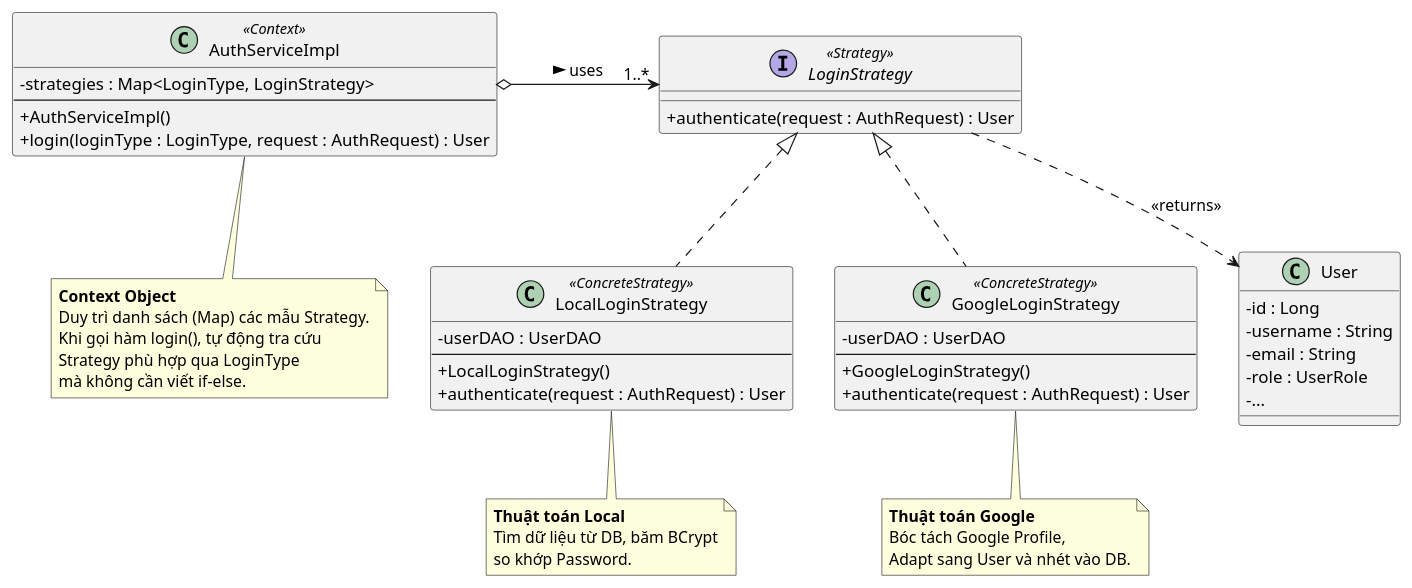
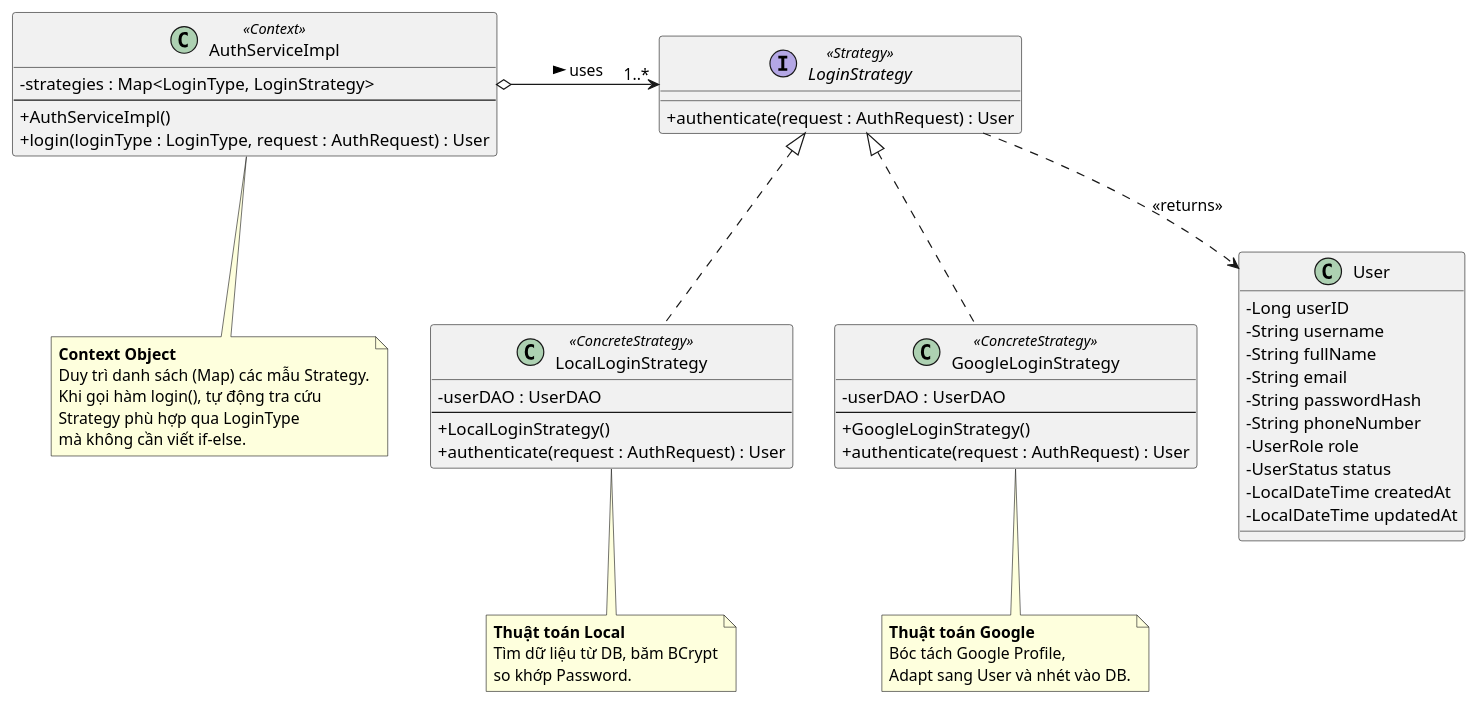
Before and after one commit to trihieuvo/justFUML: the diagram in src/Khanh_Pattern_Puml/strategy_auth.puml, drawn with PlantUML. The commit also changed 8 other files, not shown here.

First line of the commit message:
Update UML diagrams and add design patterns report

```diff
--- a/src/Khanh_Pattern_Puml/strategy_auth.puml
+++ b/src/Khanh_Pattern_Puml/strategy_auth.puml
@@ -1,68 +1,73 @@
 @startuml
 skinparam ClassAttributeIconSize 0
 
 ' --- Interface ---
 interface LoginStrategy <<Strategy>> {
     + authenticate(request : AuthRequest) : User
 }
 
 ' --- Concrete Strategies ---
 class LocalLoginStrategy <<ConcreteStrategy>> {
     - userDAO : UserDAO
     --
     + LocalLoginStrategy()
     + authenticate(request : AuthRequest) : User
 }
 
 class GoogleLoginStrategy <<ConcreteStrategy>> {
     - userDAO : UserDAO
     --
     + GoogleLoginStrategy()
     + authenticate(request : AuthRequest) : User
 }
 
 ' --- Context ---
 class AuthServiceImpl <<Context>> {
     - strategies : Map<LoginType, LoginStrategy>
     --
     + AuthServiceImpl()
     + login(loginType : LoginType, request : AuthRequest) : User
 }
 
 ' --- Relationships ---
 LoginStrategy <|.. LocalLoginStrategy
 LoginStrategy <|.. GoogleLoginStrategy
 AuthServiceImpl o-> "1..*" LoginStrategy : "uses >"
 LoginStrategy ..> User : "<<returns>>"
 
-' --- Data Entities (Abbreviated) ---
+' --- Data Entities ---
 class User {
-    - id : Long
-    - username : String
-    - email : String
-    - role : UserRole
-    - ...
+- Long userID
+- String username
+- String fullName
+- String email
+- String passwordHash
+- String phoneNumber
+- UserRole role
+- UserStatus status
+- LocalDateTime createdAt
+- LocalDateTime updatedAt
 }
 
 ' --- Notes ---
 note bottom of AuthServiceImpl
   **Context Object**
   Duy trì danh sách (Map) các mẫu Strategy.
   Khi gọi hàm login(), tự động tra cứu 
   Strategy phù hợp qua LoginType 
   mà không cần viết if-else.
 end note
 
 note bottom of LocalLoginStrategy
   **Thuật toán Local**
   Tìm dữ liệu từ DB, băm BCrypt
   so khớp Password.
 end note
 
 note bottom of GoogleLoginStrategy
   **Thuật toán Google**
   Bóc tách Google Profile, 
   Adapt sang User và nhét vào DB.
 end note
 
 @enduml
```
